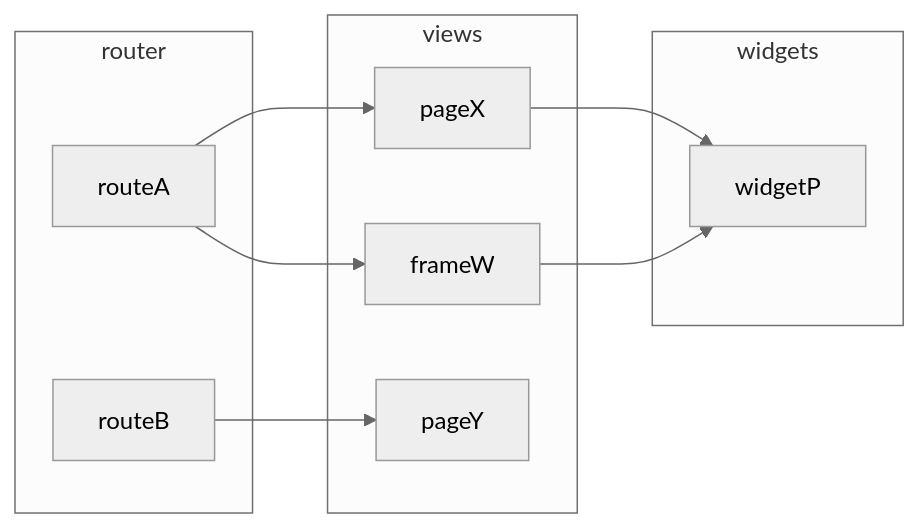
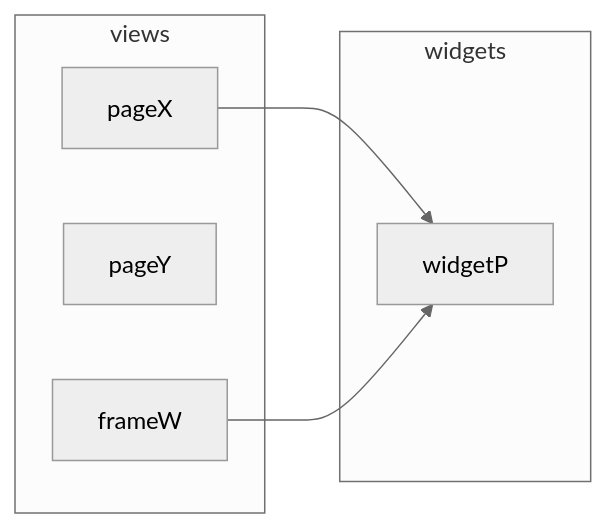
The third of 3 diagrams in README.md (joaomelo/calystone), drawn with Mermaid (neutral theme) before and after one commit. The commit also changed other lines of this file and 6 other files, not shown here.

````diff
--- a/README.md
+++ b/README.md
@@ -41,20 +68,13 @@
 ```mermaid
 graph LR;
-  subgraph router
-    routeA;
-    routeB;
-  end
   subgraph views
     pageX;
     pageY;
     frameW;
   end
   subgraph widgets
     widgetP;
   end
-  routeA --> pageX
-  routeA --> frameW
-  routeB --> pageY
   pageX --> widgetP
   frameW --> widgetP
 ```
````
